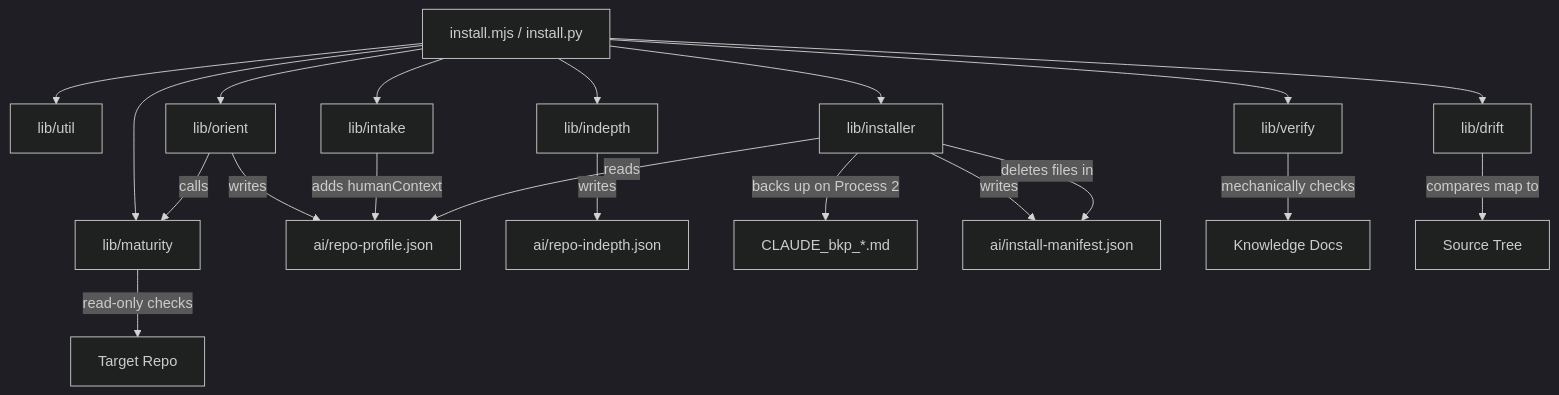
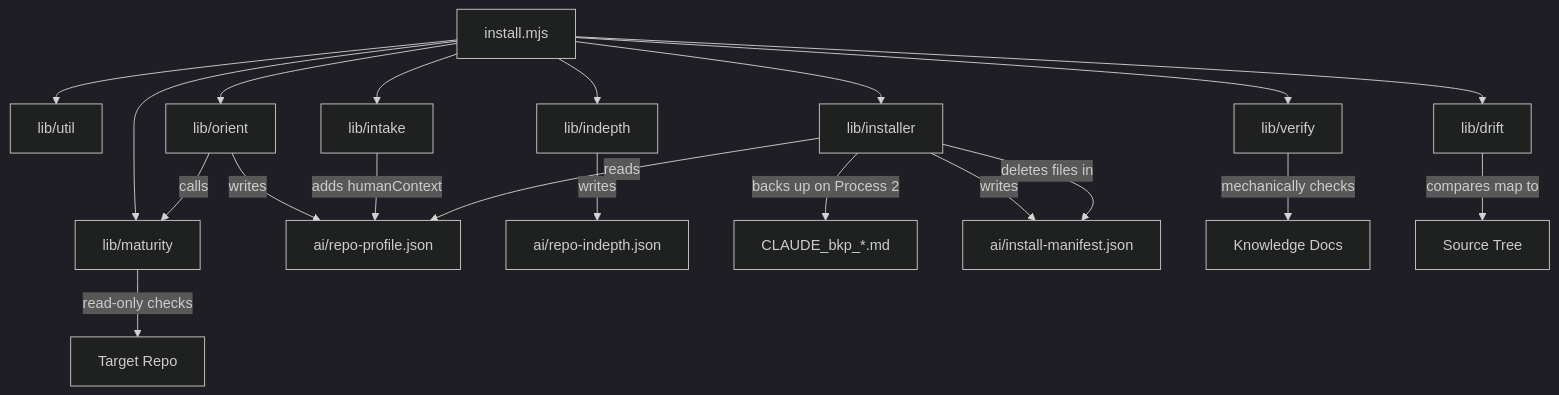
Before and after one commit to kunalsuri/ai-fication-kit: the diagram in docs/FUNCTIONALITY.md, drawn with Mermaid (dark theme). The commit also changed other lines of this file and 50 other files, not shown here.

````diff
--- a/docs/FUNCTIONALITY.md
+++ b/docs/FUNCTIONALITY.md
@@ -15,23 +15,23 @@
 ```mermaid
 graph TD
-    CLI[install.mjs / install.py] --> UTIL[lib/util]
+    CLI[install.mjs] --> UTIL[lib/util]
     CLI --> MATURITY[lib/maturity]
     CLI --> ORIENT[lib/orient]
     CLI --> INDEPTH[lib/indepth]
     CLI --> INTAKE[lib/intake]
     CLI --> INSTALLER[lib/installer]
     CLI --> VERIFY[lib/verify]
     CLI --> DRIFT[lib/drift]
 
     MATURITY -->|read-only checks| TARGET[Target Repo]
     ORIENT -->|calls| MATURITY
     ORIENT -->|writes| PROFILE[ai/repo-profile.json]
     INDEPTH -->|writes| INDEPTHJSON[ai/repo-indepth.json]
     INTAKE -->|adds humanContext| PROFILE
     INSTALLER -->|reads| PROFILE
     INSTALLER -->|backs up on Process 2| BACKUP[CLAUDE_bkp_*.md]
     INSTALLER -->|writes| MANIFEST[ai/install-manifest.json]
     INSTALLER -->|deletes files in| MANIFEST
     VERIFY -->|mechanically checks| DOCS[Knowledge Docs]
     DRIFT -->|compares map to| TREE[Source Tree]
 ```
````
